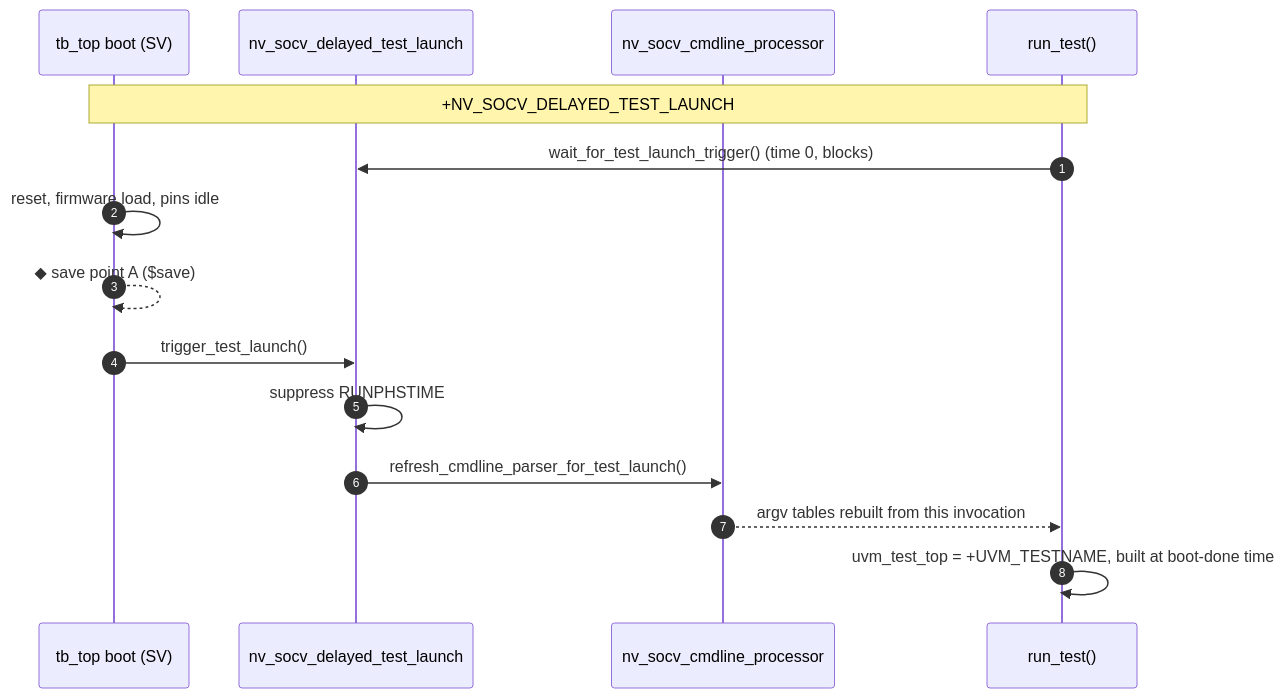
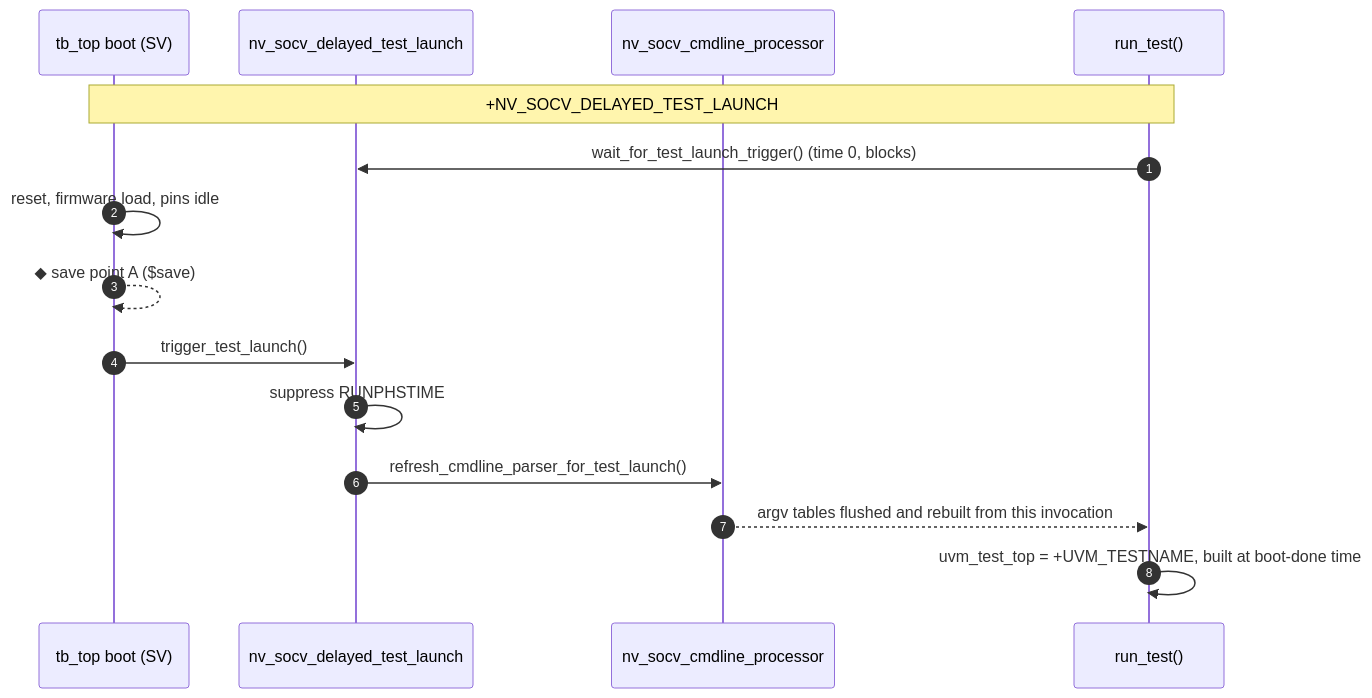
Before and after one commit to nmoradiya1991/nv_sim_restore: the diagram in doc/delayed_launch.md, drawn with Mermaid. The commit also changed 15 other files, not shown here.

````diff
--- a/doc/delayed_launch.md
+++ b/doc/delayed_launch.md
@@ -7,17 +7,17 @@
 ```mermaid
 sequenceDiagram
     autonumber
     participant Boot as tb_top boot (SV)
     participant Gate as nv_socv_delayed_test_launch
     participant CLP as nv_socv_cmdline_processor
     participant UVM as run_test()
     Note over Boot,UVM: +NV_SOCV_DELAYED_TEST_LAUNCH
     UVM->>Gate: wait_for_test_launch_trigger()  (time 0, blocks)
     Boot->>Boot: reset, firmware load, pins idle
     Boot-->>Boot: ◆ save point A  ($save)
     Boot->>Gate: trigger_test_launch()
     Gate->>Gate: suppress RUNPHSTIME
     Gate->>CLP: refresh_cmdline_parser_for_test_launch()
-    CLP-->>UVM: argv tables rebuilt from this invocation
+    CLP-->>UVM: argv tables flushed and rebuilt from this invocation
     UVM->>UVM: uvm_test_top = +UVM_TESTNAME, built at boot-done time
 ```
````
